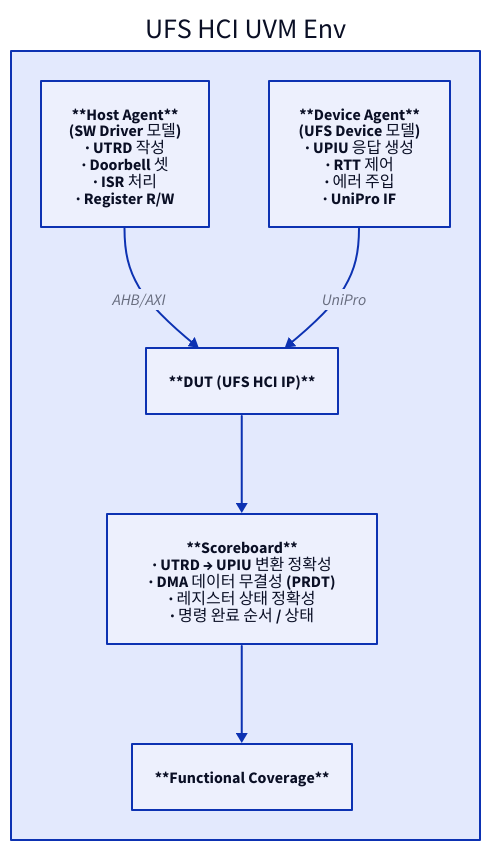
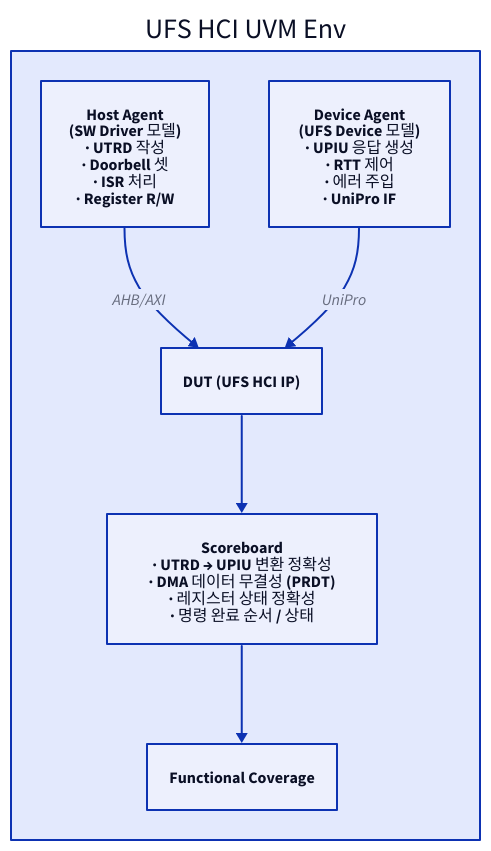
One commit to humbleowl39/DV_SKOOL changed the first of 4 diagrams in starlight_site/src/content/docs/ufs_hci/04_hci_dv_methodology.md. Above: the diagram before and after it, drawn with D2. The commit also changed other lines of this file and 714 other files, not shown here.

First line of the commit message:
fix(site): d2 다이어그램 가독성 결함 6종 일괄 수정

````diff
--- a/starlight_site/src/content/docs/ufs_hci/04_hci_dv_methodology.md
+++ b/starlight_site/src/content/docs/ufs_hci/04_hci_dv_methodology.md
@@ -41,16 +41,16 @@
 ```d2
 direction: down
 
 ENV: "UFS HCI UVM Env" {
   direction: down
-  HA: "**Host Agent**\n(SW Driver 모델)\n· UTRD 작성\n· Doorbell 셋\n· ISR 처리\n· Register R/W"
-  DA: "**Device Agent**\n(UFS Device 모델)\n· UPIU 응답 생성\n· RTT 제어\n· 에러 주입\n· UniPro IF"
-  DUT: "**DUT (UFS HCI IP)**"
-  SCB: "**Scoreboard**\n· UTRD → UPIU 변환 정확성\n· DMA 데이터 무결성 (PRDT)\n· 레지스터 상태 정확성\n· 명령 완료 순서 / 상태"
-  COV: "**Functional Coverage**"
+  HA: "Host Agent\n(SW Driver 모델)\n· UTRD 작성\n· Doorbell 셋\n· ISR 처리\n· Register R/W"
+  DA: "Device Agent\n(UFS Device 모델)\n· UPIU 응답 생성\n· RTT 제어\n· 에러 주입\n· UniPro IF"
+  DUT: "DUT (UFS HCI IP)"
+  SCB: "Scoreboard\n· UTRD → UPIU 변환 정확성\n· DMA 데이터 무결성 (PRDT)\n· 레지스터 상태 정확성\n· 명령 완료 순서 / 상태"
+  COV: "Functional Coverage"
   HA -> DUT: "AHB/AXI"
   DA -> DUT: "UniPro"
   DUT -> SCB
   SCB -> COV
 }
 ```
````
